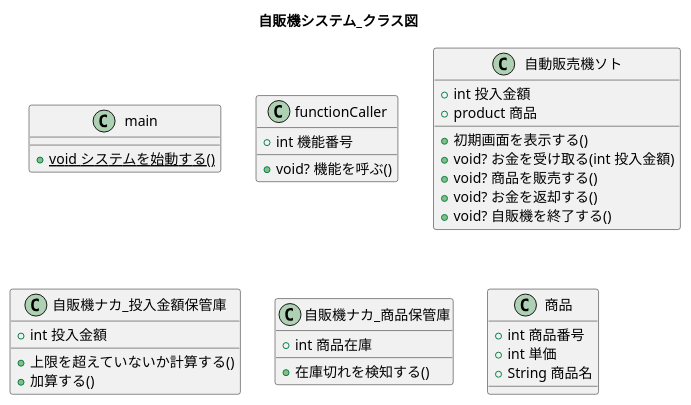
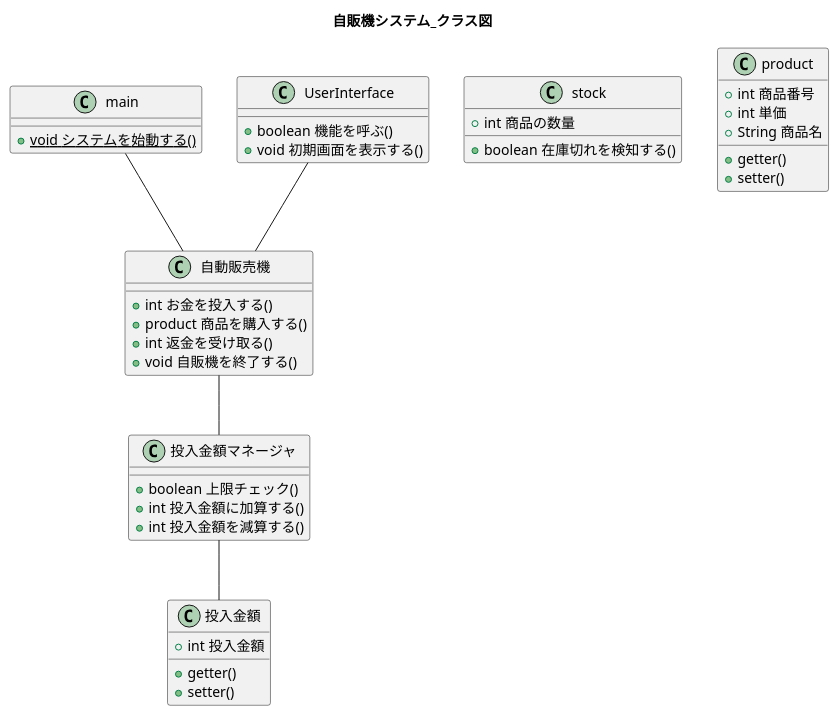
One commit to W-Nakayama-24/VendingMachine_CUI changed the diagram in UML_class_sequence/VendingMachine_classDiag.puml. Above: the diagram before and after it, drawn with PlantUML. The commit also changed 3 other files, not shown here.

Commit message:
FIX classDiag and sequence01

```diff
--- a/UML_class_sequence/VendingMachine_classDiag.puml
+++ b/UML_class_sequence/VendingMachine_classDiag.puml
@@ -1,66 +1,63 @@
 @startuml
 title 自販機システム_クラス図
+
+main -- 自動販売機
+UserInterface -- 自動販売機
+自動販売機 -- 投入金額マネージャ
+投入金額マネージャ -- 投入金額
+
 
 class main {
     +{static}void システムを始動する()
 } 
 
-class functionCaller {
+/'
+機能呼び出し - UserInterface
+1,2,3,9を入力させて機能を呼ぶなんてのはCUIならではなので、
+自販機の本質ではない。 自販機クラスから外へ出した
+'/
+class UserInterface {
+    +boolean 機能を呼ぶ()
+    +void 初期画面を表示する()
     /'
-    1,2,3,9を入力させて機能を呼ぶなんてのはCUIならではなので、
-    自販機の本質ではない。 自販機クラスから外へ出した
+    1,2,3,9以外ならここでfalseを返し、エラーメッセージ00を表示
     '/
-    +int 機能番号
-    +void? 機能を呼ぶ()
 }
 
-class 自動販売機ソト {
-    +int 投入金額
-    +product 商品
-
-    +初期画面を表示する()
-    +void? お金を受け取る(int 投入金額)
-    +void? 商品を販売する()
-    +void? お金を返却する()
-    +void? 自販機を終了する()
+class 自動販売機 {
+    +int お金を投入する()
+    +product 商品を購入する()
+    +int 返金を受け取る()
+    +void 自販機を終了する()
 }
 
-class 自販機ナカ_投入金額保管庫{
-    +int 投入金額
-    +上限を超えていないか計算する()
-    +加算する()
+class 投入金額マネージャ{
+    +boolean 上限チェック()
+    +int 投入金額に加算する()
+    +int 投入金額を減算する()
 }
 
-class 自販機ナカ_商品保管庫 {
+class 投入金額 {
+    +int 投入金額
+    +getter()
+    +setter()
+}
+
+class stock {
     /'
     ここに各商品の集合体が入っている感覚
     '/
-    +int 商品在庫
-    +在庫切れを検知する()
+    +int 商品の数量
+    +boolean 在庫切れを検知する()
 }
 
-class 商品 {
+class product {
     +int 商品番号
     +int 単価
     +String 商品名
+    +getter()
+    +setter()
 }
 
 
-/'
-class 投入金額 {
-    +int 投入された金額
-    +boolean 上限を超えているかどうか
-
-    +上限を超えているかどうか計算してみる()
-}
-int型の変数のやりとりで事足りるのではないか
-'/
-
-/'
-class 初期画面 {
-    表示する()
-}
-表示するという操作だけなら、自販機の中でいいのではないか
-'/
-
 @enduml
```
